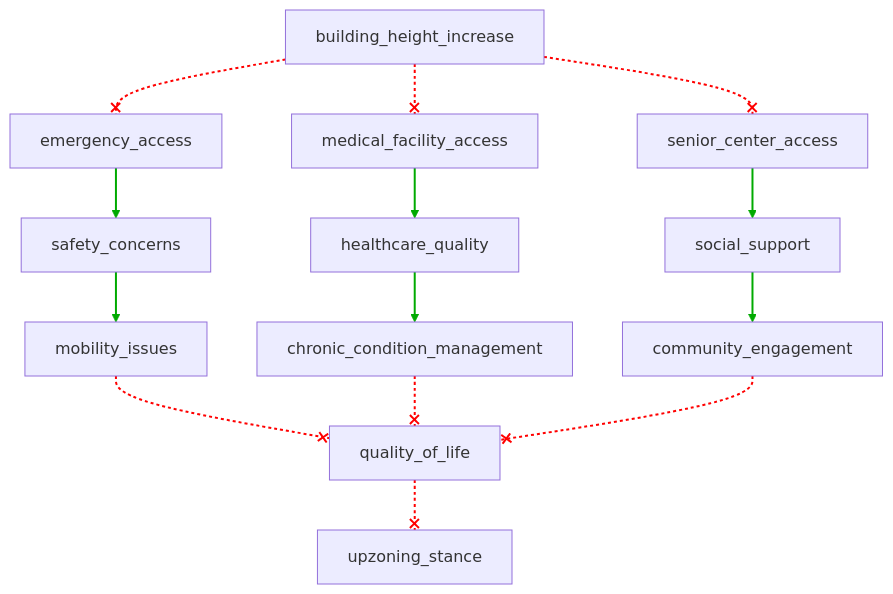
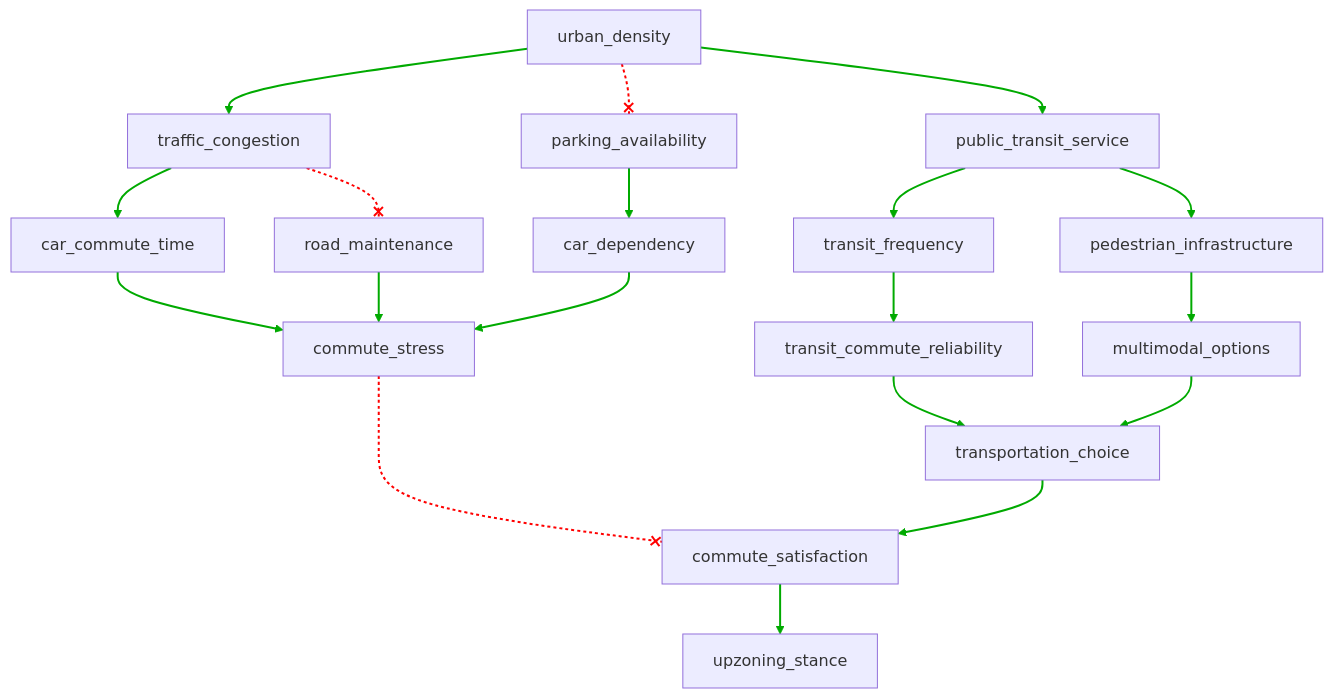
One commit to jajamoa/generative-minds changed the diagram in data/samples/sample_3.mmd. Above: the diagram before and after it, drawn with Mermaid. The commit also changed 29 other files, not shown here.

````diff
--- a/data/samples/sample_3.mmd
+++ b/data/samples/sample_3.mmd
@@ -1,41 +1,54 @@
 ```mermaid
 flowchart TD
-    n1[building_height_increase]
-    n2[emergency_access]
-    n3[medical_facility_access]
-    n4[senior_center_access]
-    n5[safety_concerns]
-    n6[healthcare_quality]
-    n7[social_support]
-    n8[mobility_issues]
-    n9[chronic_condition_management]
-    n10[community_engagement]
-    n11[quality_of_life]
-    n12[upzoning_stance]
-    n1 --x n2
-    n1 --x n3
+    n1[urban_density]
+    n2[public_transit_service]
+    n3[traffic_congestion]
+    n4[parking_availability]
+    n5[transit_frequency]
+    n6[pedestrian_infrastructure]
+    n7[car_commute_time]
+    n8[road_maintenance]
+    n9[car_dependency]
+    n10[transit_commute_reliability]
+    n11[multimodal_options]
+    n12[commute_stress]
+    n13[transportation_choice]
+    n14[commute_satisfaction]
+    n15[upzoning_stance]
+    n1 --> n2
+    n1 --> n3
     n1 --x n4
     n2 --> n5
-    n3 --> n6
-    n4 --> n7
-    n5 --> n8
-    n6 --> n9
-    n7 --> n10
-    n8 --x n11
-    n9 --x n11
-    n10 --x n11
-    n11 --x n12
-    linkStyle 0 stroke:#FF0000,stroke-dasharray:3,stroke-width:2px
-    linkStyle 1 stroke:#FF0000,stroke-dasharray:3,stroke-width:2px
+    n2 --> n6
+    n3 --> n7
+    n3 --x n8
+    n4 --> n9
+    n5 --> n10
+    n6 --> n11
+    n7 --> n12
+    n8 --> n12
+    n9 --> n12
+    n10 --> n13
+    n11 --> n13
+    n12 --x n14
+    n13 --> n14
+    n14 --> n15
+    linkStyle 0 stroke:#00AA00,stroke-width:2px
+    linkStyle 1 stroke:#00AA00,stroke-width:2px
     linkStyle 2 stroke:#FF0000,stroke-dasharray:3,stroke-width:2px
     linkStyle 3 stroke:#00AA00,stroke-width:2px
     linkStyle 4 stroke:#00AA00,stroke-width:2px
     linkStyle 5 stroke:#00AA00,stroke-width:2px
-    linkStyle 6 stroke:#00AA00,stroke-width:2px
+    linkStyle 6 stroke:#FF0000,stroke-dasharray:3,stroke-width:2px
     linkStyle 7 stroke:#00AA00,stroke-width:2px
     linkStyle 8 stroke:#00AA00,stroke-width:2px
-    linkStyle 9 stroke:#FF0000,stroke-dasharray:3,stroke-width:2px
-    linkStyle 10 stroke:#FF0000,stroke-dasharray:3,stroke-width:2px
-    linkStyle 11 stroke:#FF0000,stroke-dasharray:3,stroke-width:2px
-    linkStyle 12 stroke:#FF0000,stroke-dasharray:3,stroke-width:2px
+    linkStyle 9 stroke:#00AA00,stroke-width:2px
+    linkStyle 10 stroke:#00AA00,stroke-width:2px
+    linkStyle 11 stroke:#00AA00,stroke-width:2px
+    linkStyle 12 stroke:#00AA00,stroke-width:2px
+    linkStyle 13 stroke:#00AA00,stroke-width:2px
+    linkStyle 14 stroke:#00AA00,stroke-width:2px
+    linkStyle 15 stroke:#FF0000,stroke-dasharray:3,stroke-width:2px
+    linkStyle 16 stroke:#00AA00,stroke-width:2px
+    linkStyle 17 stroke:#00AA00,stroke-width:2px
 ```
````
